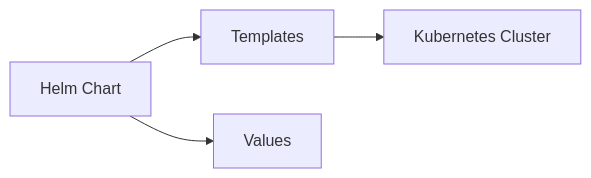
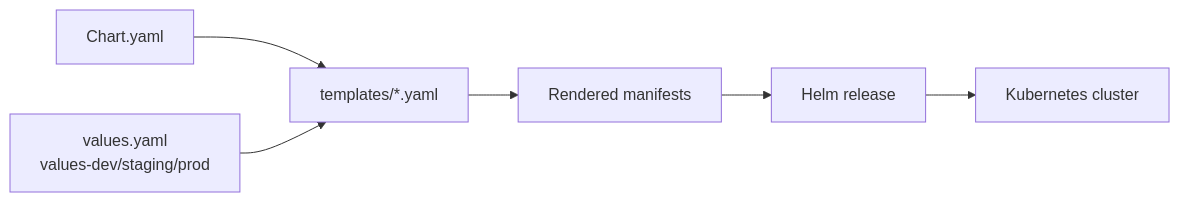
Before and after one commit to kumbulanit/kubernetescompr: the diagram in days/day5/labs/L5.3-helm-packaging/README.md, drawn with Mermaid. The commit also changed other lines of this file and 26 other files, not shown here.

````diff
--- a/days/day5/labs/L5.3-helm-packaging/README.md
+++ b/days/day5/labs/L5.3-helm-packaging/README.md
@@ -12,6 +19,8 @@
 ```mermaid
 flowchart LR
-  Chart[Helm Chart] --> Template[Templates]
-  Template --> Cluster[Kubernetes Cluster]
-  Chart --> Values[Values]
+  Chart[Chart.yaml] --> Templates[templates/*.yaml]
+  Values[values.yaml<br/>values-dev/staging/prod] --> Templates
+  Templates --> Rendered[Rendered manifests]
+  Rendered --> Release[Helm release]
+  Release --> Cluster[Kubernetes cluster]
 ```
````
